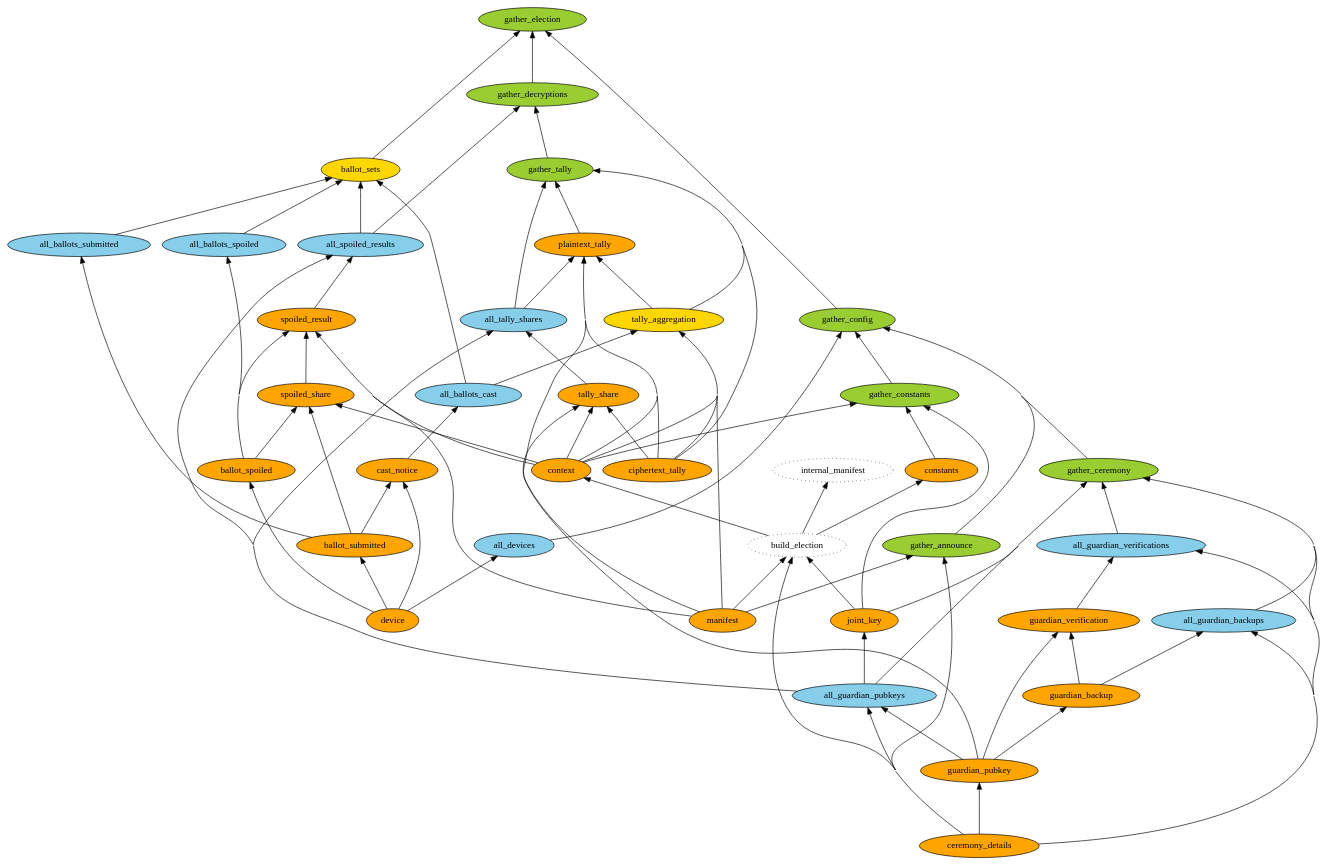
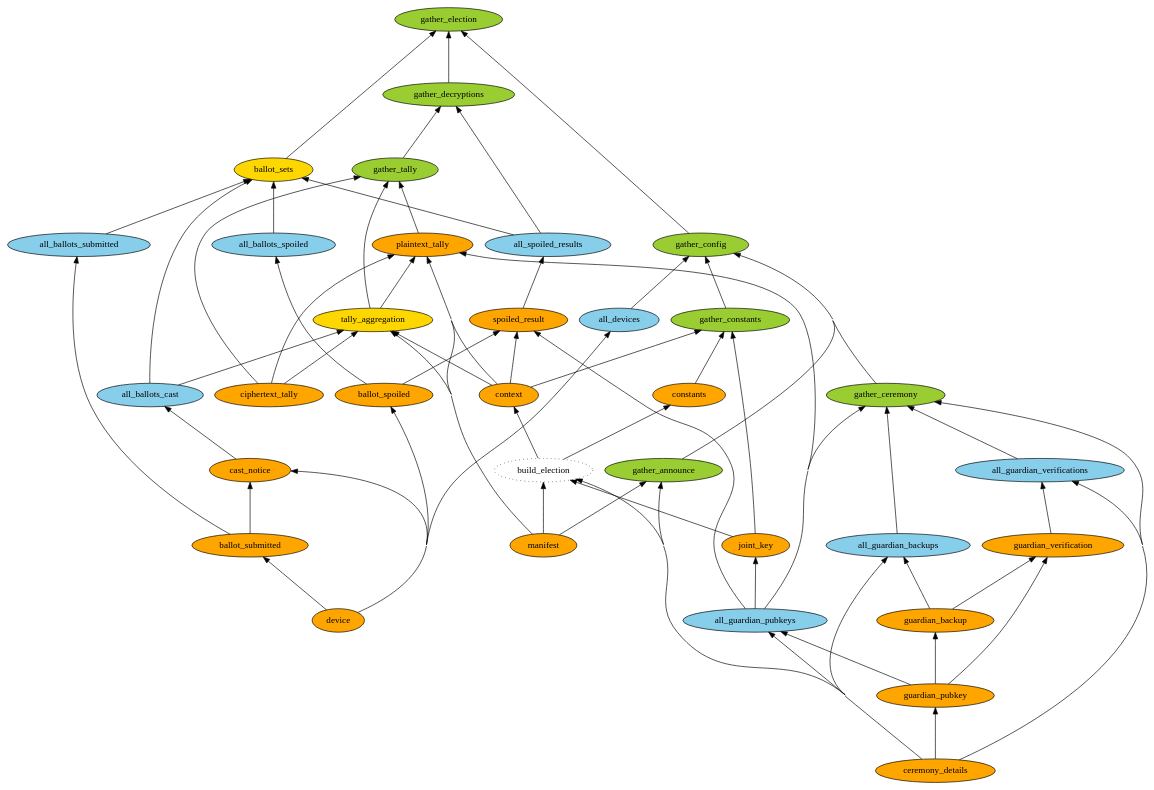
The diagram in milestone1/verifier/deps.dot (jefdaj/electionguard-cardano), drawn with Graphviz before and after one commit.

Commit message:
verifier4 deps

```diff
--- a/milestone1/verifier/deps.dot
+++ b/milestone1/verifier/deps.dot
@@ -1,97 +1,88 @@
 digraph verifier_deps {
   concentrate=true
   rankdir=BT
   ranksep=1.1
 
   // public records
   node [style=filled, fillcolor=orange]
   manifest
   ceremony_details
   guardian_pubkey
   guardian_backup // TODO remove? not sure whether these are considered public
   guardian_verification
   joint_key
   constants
   context
   device
   ballot_submitted
   cast_notice
   ballot_spoiled
   ciphertext_tally
-  tally_share
-  spoiled_share
   plaintext_tally
   spoiled_result
 
 
   // sets of public records
   node [style=filled, fillcolor=skyblue]
 
   all_devices
   all_guardian_backups
   all_guardian_verifications
 
   {ceremony_details,guardian_pubkey} -> all_guardian_pubkeys
   ballot_submitted -> all_ballots_submitted
   ballot_spoiled -> all_ballots_spoiled
   ballot_submitted -> cast_notice -> all_ballots_cast
 
-  guardian_pubkey -> tally_share
-
-  // TODO are these needed for anything?
-  // {all_guardian_pubkeys, spoiled_share} -> all_spoiled_shares
-
-  {all_guardian_pubkeys, spoiled_result} -> all_spoiled_results
-  {all_guardian_pubkeys, tally_share} -> all_tally_shares
+  spoiled_result -> all_spoiled_results
 
   // nodes added for specific verifications
   node [style=filled, fillcolor=gold]
   tally_aggregation
   ballot_sets
 
   // misc other nodes added manually
   build_election [style=dotted]    // not really a dep, but makes it cleaner // TODO remove?
-  internal_manifest [style=dotted] // not serializable; have to build_election each time
+  // internal_manifest [style=dotted] // not serializable; have to build_election each time
 
   // dependenencies from guardian.py
   ceremony_details -> guardian_pubkey -> guardian_backup
 
   // TODO these should depend on the guardian pubkeys, not just the ceremony details,
   //      because they should be checking that those guardians signed them
   {ceremony_details,guardian_backup} -> all_guardian_backups
   {ceremony_details,guardian_verification} -> all_guardian_verifications
 
   {guardian_pubkey,guardian_backup} -> guardian_verification // TODO remove? it really depends on the *cardano* wallet key right?
   all_guardian_pubkeys -> joint_key
-  {ciphertext_tally,context} -> tally_share
-  {context,ballot_submitted,ballot_spoiled} -> spoiled_share
-  {ciphertext_tally,all_ballots_cast,manifest,context} -> tally_aggregation -> plaintext_tally
+  {ciphertext_tally,all_ballots_cast,manifest,context} -> tally_aggregation
+  {all_guardian_pubkeys,tally_aggregation} -> plaintext_tally
   
 
   // dependencies from device.py
   device -> {ballot_submitted,ballot_spoiled,cast_notice}
   device -> all_devices
 
   // dependenencies from admin.py
-  {manifest,ceremony_details,joint_key} -> build_election -> {constants,internal_manifest,context}
-  {manifest,context,all_tally_shares,ciphertext_tally} -> plaintext_tally
-  {manifest,context,spoiled_share,ballot_spoiled} -> spoiled_result
+  {manifest,ceremony_details,joint_key} -> build_election -> {constants,context}
+  {manifest,context,ciphertext_tally} -> plaintext_tally
+  {context,ballot_spoiled,all_guardian_pubkeys} -> spoiled_result
 
   // overall election cerfification/verification
   // TODO is this how people will see it? or will they only require the plaintext_tally?
   // (either way, this is the way to get the code working first)
 
   // backbone of "phony" nodes (in the Makefile sense) to make verification
   // proceed in a nice linear way. this way we can have our dependency graph but
   // still show human-readable output. note that the summary/verification step
   // is missing because it's done at the end
   node [style=filled, fillcolor=yellowgreen]
   {gather_config,ballot_sets,gather_decryptions} -> gather_election
-  {ciphertext_tally,tally_aggregation,all_tally_shares,plaintext_tally} -> gather_tally
+  {ciphertext_tally,tally_aggregation,plaintext_tally} -> gather_tally
   {gather_tally,all_spoiled_results} -> gather_decryptions
   {all_ballots_submitted,all_ballots_spoiled,all_ballots_cast,all_spoiled_results} -> ballot_sets
   {gather_announce,gather_ceremony,gather_constants,all_devices} -> gather_config
   {manifest,ceremony_details} -> gather_announce
-  {ceremony_details,all_guardian_pubkeys,all_guardian_backups,all_guardian_verifications,joint_key} -> gather_ceremony
+  {ceremony_details,all_guardian_pubkeys,all_guardian_backups,all_guardian_verifications} -> gather_ceremony
   {joint_key,context,constants} -> gather_constants
 }
```
